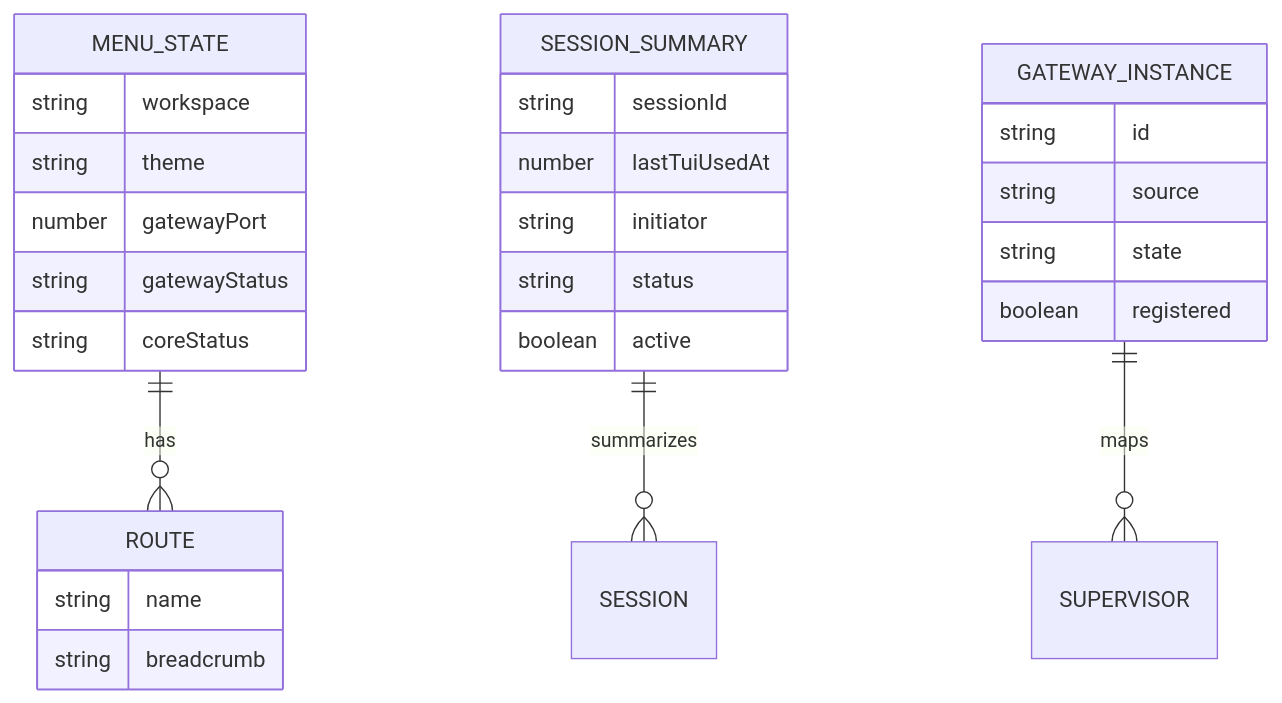
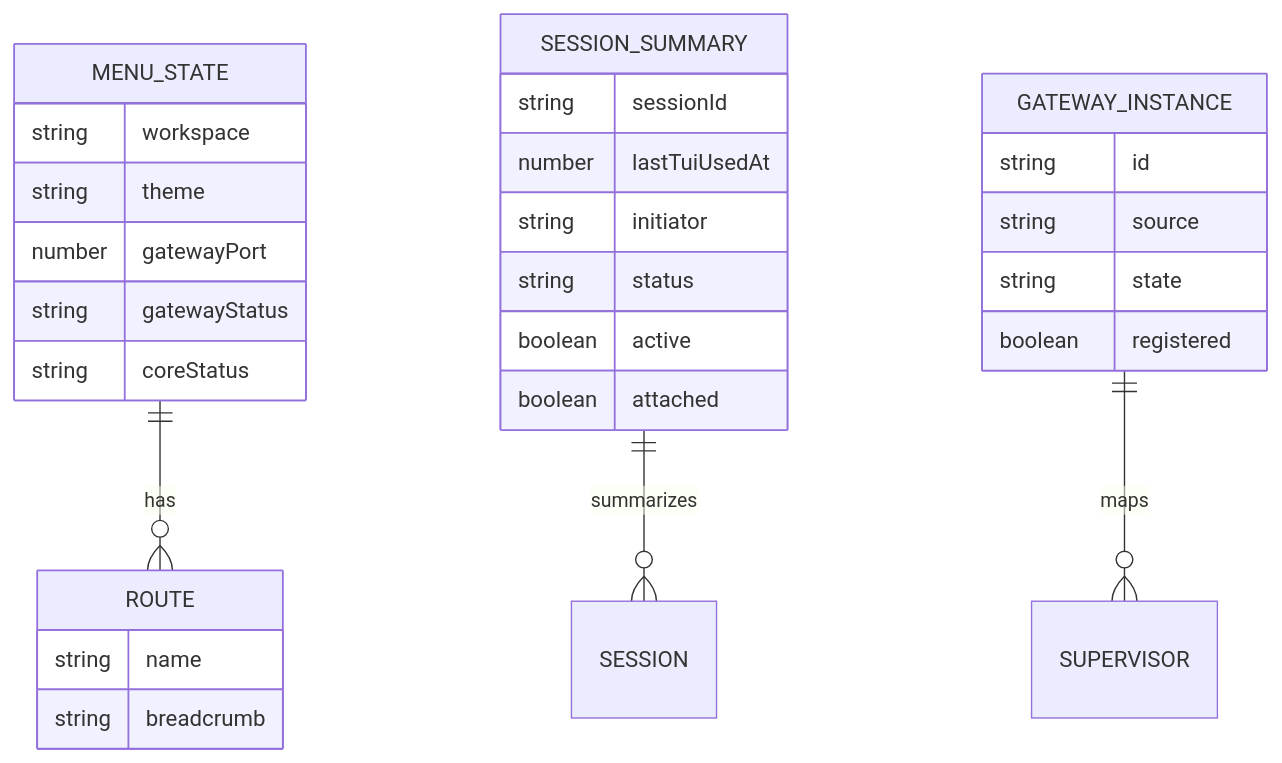
Diagram 11 of 13 in docs/subsystems/atom_neo_2026-11-19_menu_config_integration_graph.md (aokihu/atom_neo), drawn with Mermaid before and after one commit. The commit also changed other lines of this file and 36 other files, not shown here.

````diff
--- a/docs/subsystems/atom_neo_2026-11-19_menu_config_integration_graph.md
+++ b/docs/subsystems/atom_neo_2026-11-19_menu_config_integration_graph.md
@@ -319,30 +334,31 @@
 ```mermaid
 erDiagram
     MENU_STATE ||--o{ ROUTE : has
     MENU_STATE {
         string workspace
         string theme
         number gatewayPort
         string gatewayStatus
         string coreStatus
     }
     ROUTE {
         string name
         string breadcrumb
     }
     SESSION_SUMMARY ||--o{ SESSION : summarizes
     SESSION_SUMMARY {
         string sessionId
         number lastTuiUsedAt
         string initiator
         string status
         boolean active
+        boolean attached
     }
     GATEWAY_INSTANCE ||--o{ SUPERVISOR : maps
     GATEWAY_INSTANCE {
         string id
         string source
         string state
         boolean registered
     }
 ```
````
